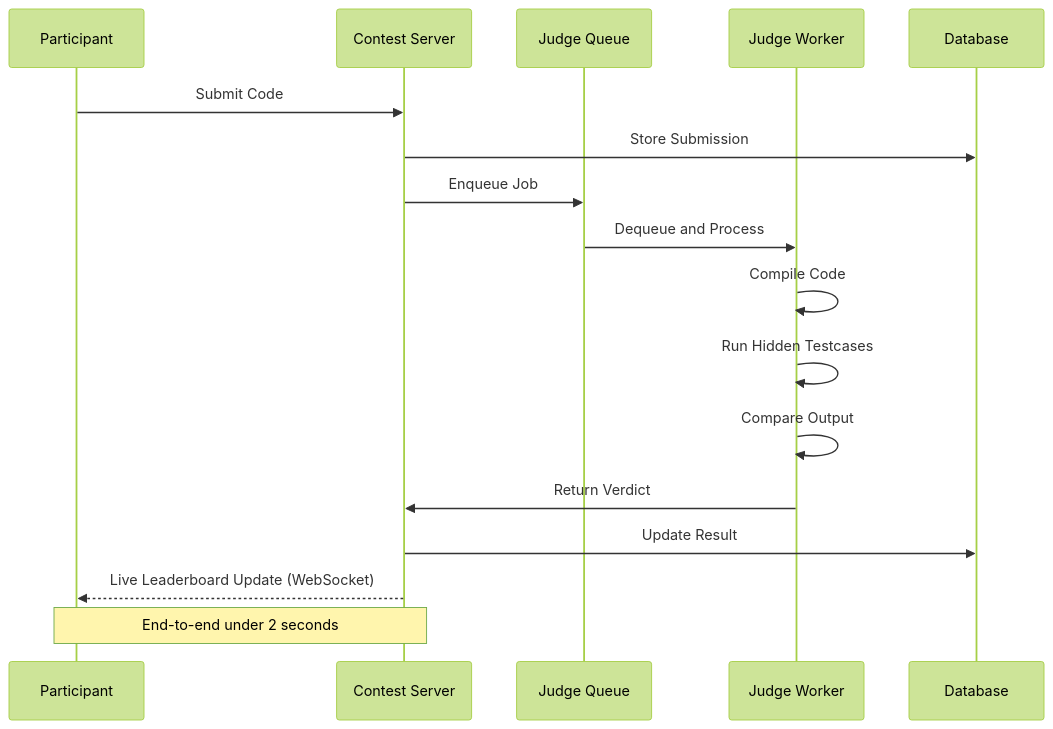
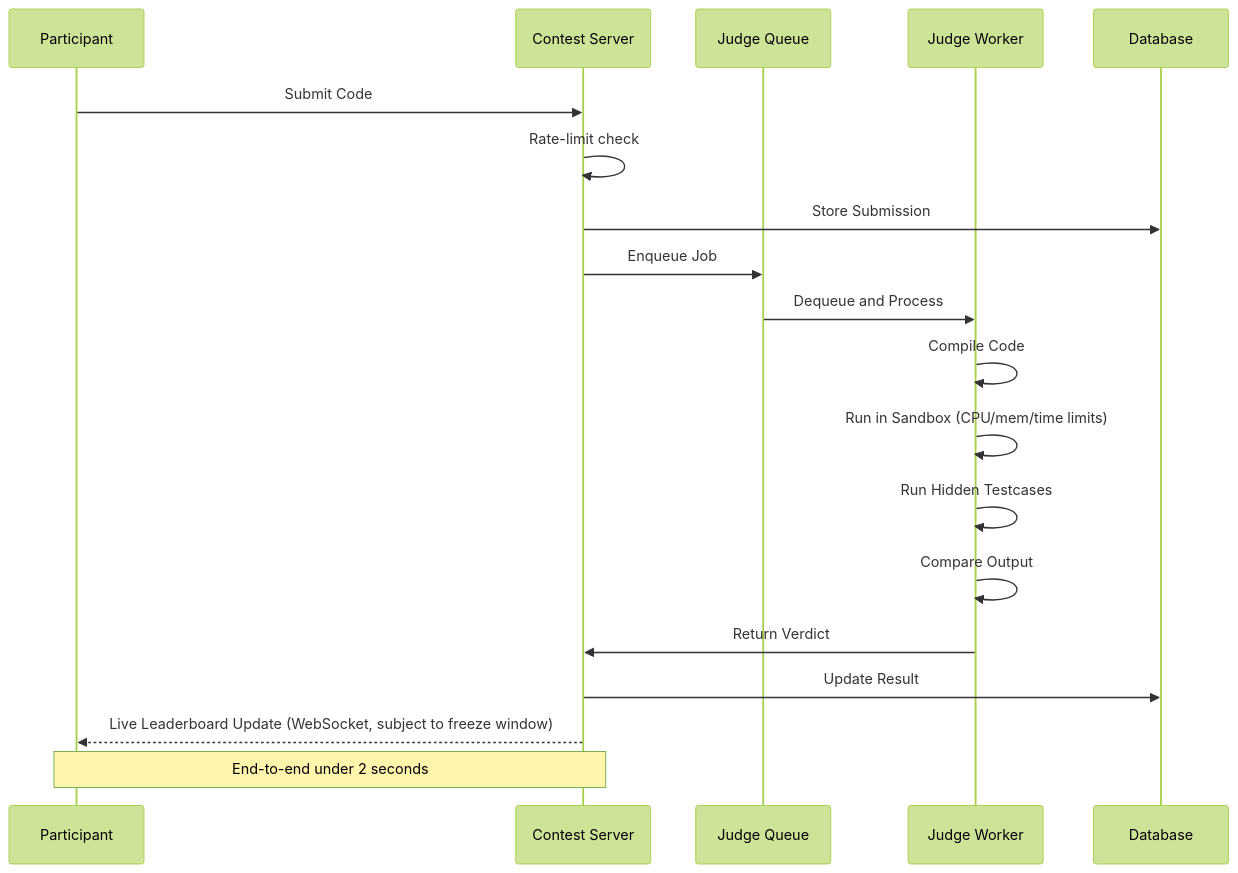
One commit to mrinmoyChakraborty-mrinox/ByteArena changed the second of 8 diagrams in README.md. Above: the diagram before and after it, drawn with Mermaid (forest theme). The commit also changed other lines of this file and 2 other files, not shown here.

Commit message:
feat: add detailed architecture documentation and execution roadmap

````diff
--- a/README.md
+++ b/README.md
@@ -54,20 +56,22 @@
 ```mermaid
 sequenceDiagram
     participant P as Participant
     participant CS as Contest Server
     participant Q as Judge Queue
     participant JW as Judge Worker
     participant DB as Database
 
     P->>CS: Submit Code
+    CS->>CS: Rate-limit check
     CS->>DB: Store Submission
     CS->>Q: Enqueue Job
     Q->>JW: Dequeue and Process
     JW->>JW: Compile Code
+    JW->>JW: Run in Sandbox (CPU/mem/time limits)
     JW->>JW: Run Hidden Testcases
     JW->>JW: Compare Output
     JW->>CS: Return Verdict
     CS->>DB: Update Result
-    CS-->>P: Live Leaderboard Update (WebSocket)
+    CS-->>P: Live Leaderboard Update (WebSocket, subject to freeze window)
     Note over CS,P: End-to-end under 2 seconds
 ```
````
